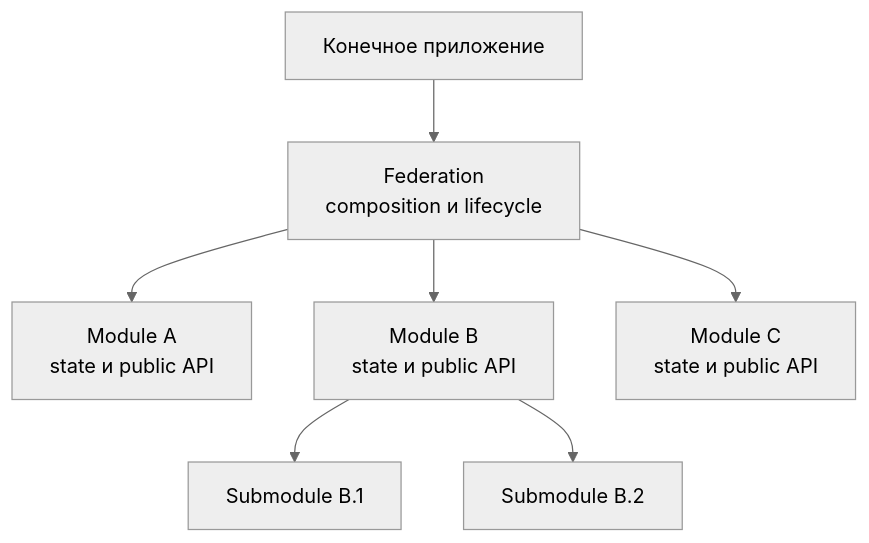
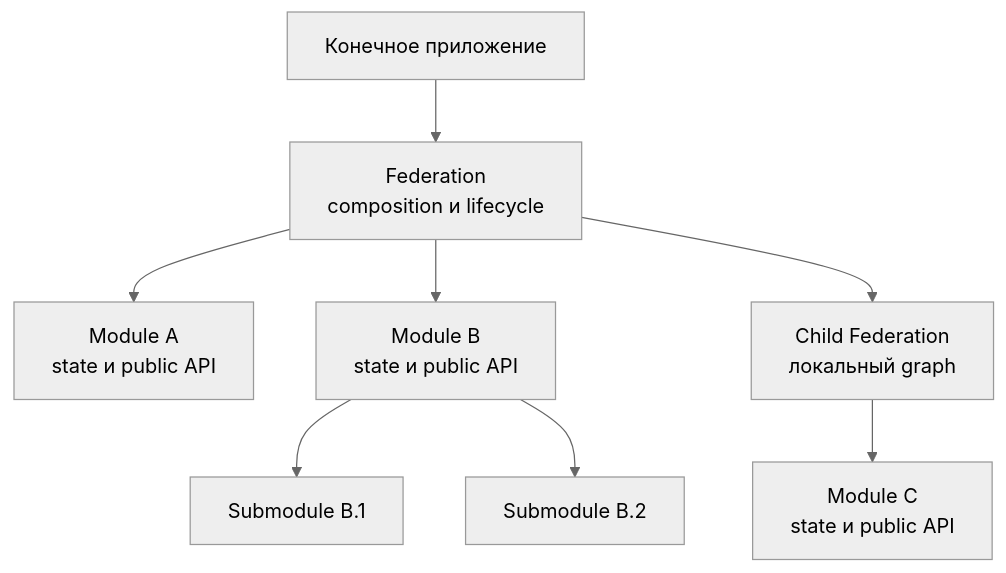
Before and after one commit to endge-lab/configurator-docs: the first of 2 diagrams in docs/advanced/index.md, drawn with Mermaid (neutral theme). The commit also changed other lines of this file and 16 other files, not shown here.

Commit message:
feat: trigger sequence

````diff
--- a/docs/advanced/index.md
+++ b/docs/advanced/index.md
@@ -14,14 +15,15 @@
 ```mermaid
 flowchart TB
   APP["Конечное приложение"] --> FED["Federation<br/>composition и lifecycle"]
   FED --> MODULE_A["Module A<br/>state и public API"]
   FED --> MODULE_B["Module B<br/>state и public API"]
-  FED --> MODULE_C["Module C<br/>state и public API"]
+  FED --> CHILD["Child Federation<br/>локальный graph"]
+  CHILD --> MODULE_C["Module C<br/>state и public API"]
   MODULE_B --> SUBMODULE_A["Submodule B.1"]
   MODULE_B --> SUBMODULE_B["Submodule B.2"]
 
   class APP endgePackage
-  class FED endgeFederation
+  class FED,CHILD endgeFederation
   class MODULE_A,MODULE_B,MODULE_C endgeModule
   class SUBMODULE_A,SUBMODULE_B endgeSubmodule
 ```
````
